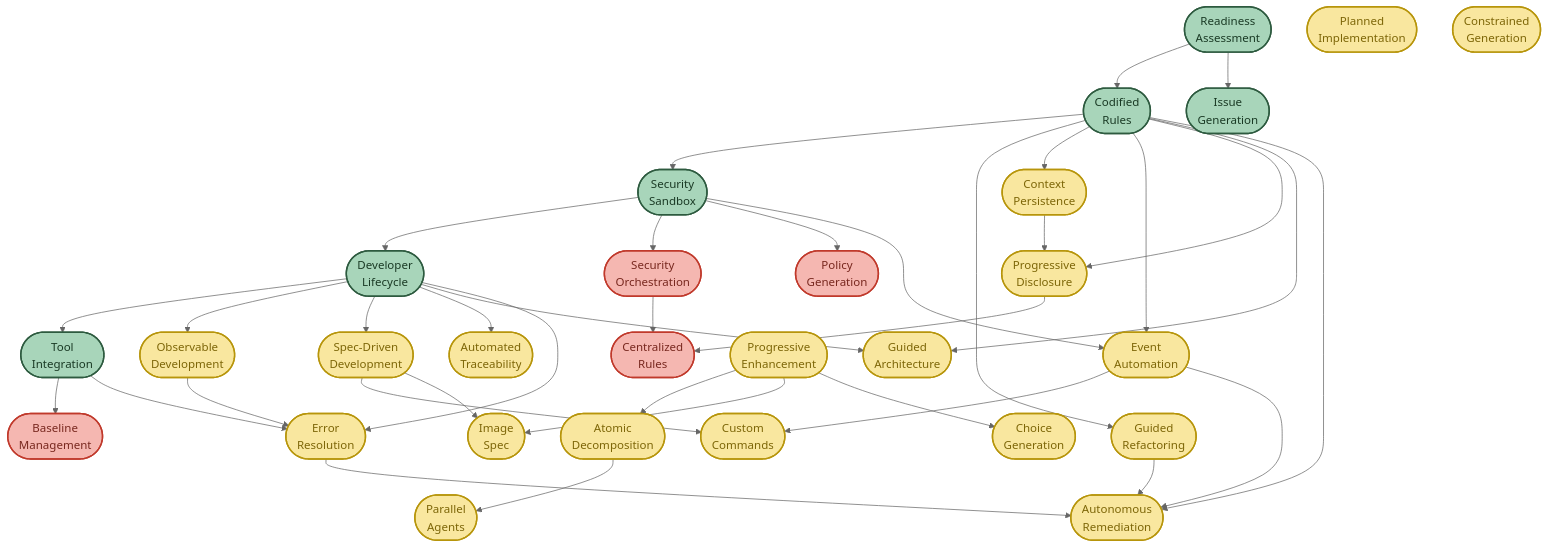
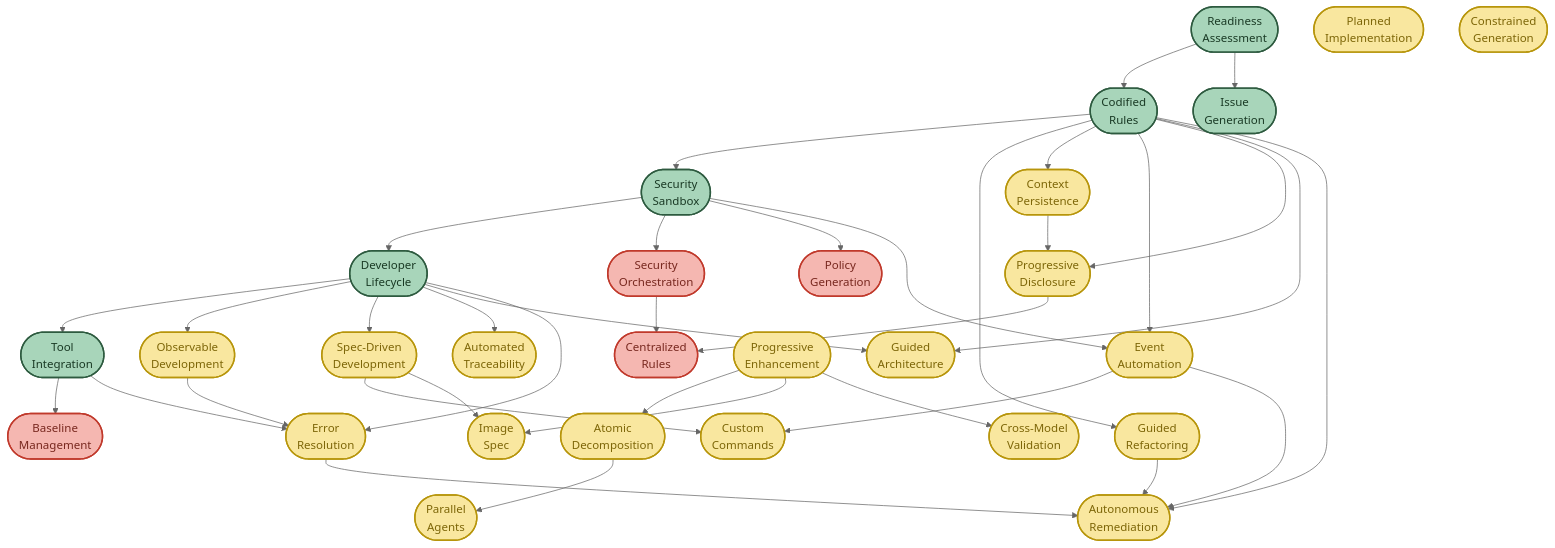
The first of 17 diagrams in README.md (PaulDuvall/ai-development-patterns), drawn with Mermaid (neutral theme) before and after one commit. The commit also changed other lines of this file and 5 other files, not shown here.

First line of the commit message:
refactor(patterns): reframe Choice Generation as Cross-Model Validation

```diff
--- a/README.md
+++ b/README.md
@@ -47,7 +47,7 @@
     PE --> IS
 
     %% ROW 5: Additional development patterns
-    PE --> CG([Choice<br/>Generation])
+    PE --> CMV([Cross-Model<br/>Validation])
     DL --> GA([Guided<br/>Architecture])
     CR --> GA
     DL --> ER([Error<br/>Resolution])
@@ -66,7 +66,7 @@
     classDef operations fill:#f5b7b1,stroke:#c0392b,stroke-width:2px,color:#78281f
 
     class RA,CR,SS,DL,TI,IG foundation
-    class PE,SD,AD,PA,OD,GR,AT,EA,CC,PD,IS,CP,CG,GA,ER,PI,CnG,AR development
+    class PE,SD,AD,PA,OD,GR,AT,EA,CC,PD,IS,CP,CMV,GA,ER,PI,CnG,AR development
     class PG,SO,BM,CZR operations
 
     %% CLICKABLE LINKS
@@ -92,7 +92,7 @@
     click SO "https://github.com/PaulDuvall/ai-development-patterns#security-orchestration"
     click CZR "https://github.com/PaulDuvall/ai-development-patterns#centralized-rules"
     click PI "https://github.com/PaulDuvall/ai-development-patterns#planned-implementation"
-    click CG "https://github.com/PaulDuvall/ai-development-patterns#choice-generation"
+    click CMV "https://github.com/PaulDuvall/ai-development-patterns#cross-model-validation"
     click CnG "https://github.com/PaulDuvall/ai-development-patterns#constrained-generation"
     click ER "https://github.com/PaulDuvall/ai-development-patterns#error-resolution"
     click GA "https://github.com/PaulDuvall/ai-development-patterns#guided-architecture"
```
